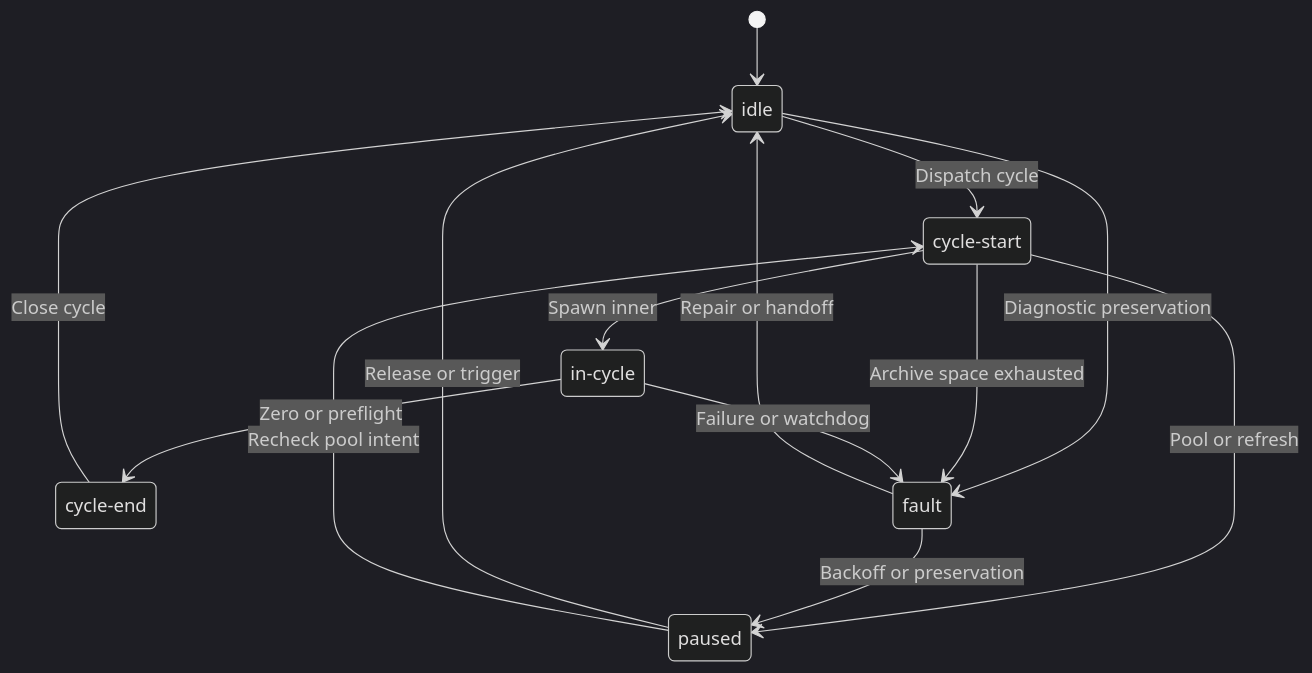
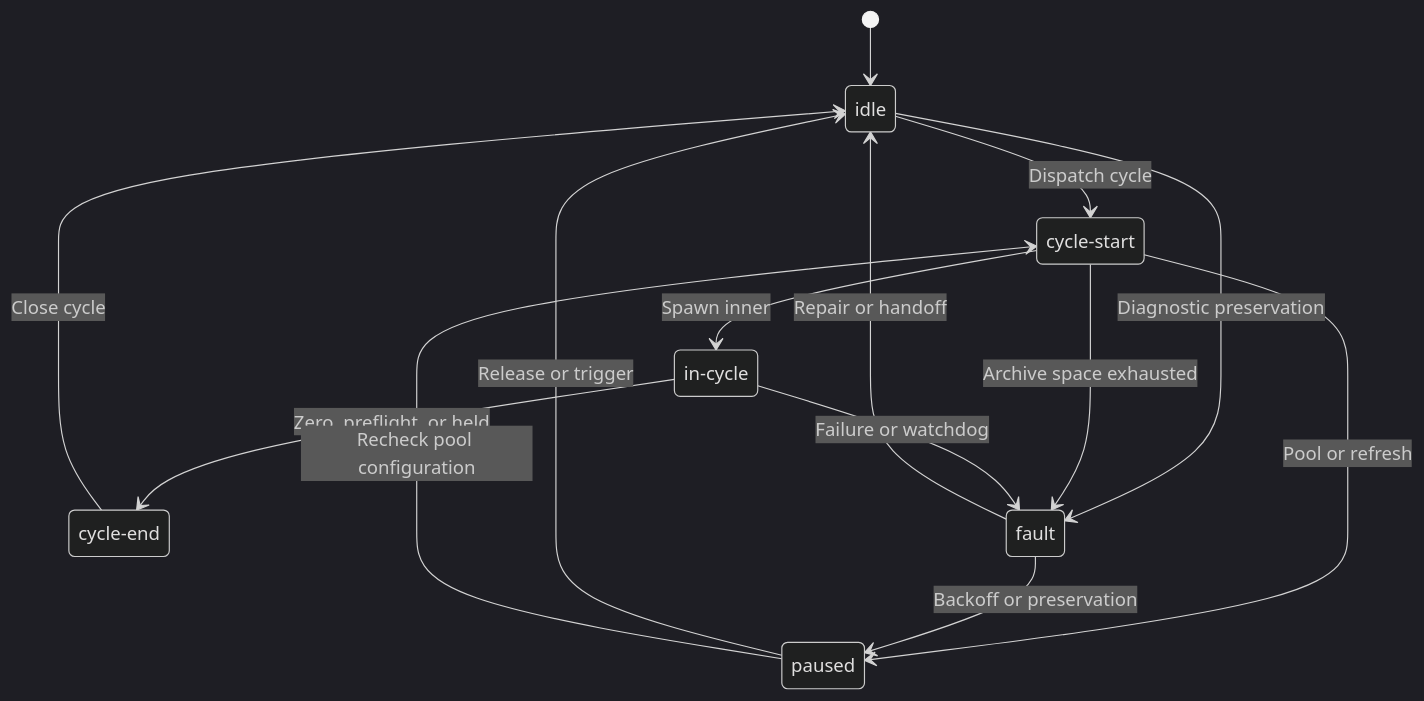
Before and after one commit to alissonsol/yuruna: the first of 7 diagrams in docs/design/04-lifecycle-state.md, drawn with Mermaid (dark theme). The commit also changed other lines of this file and 1409 other files, not shown here.

````diff
--- a/docs/design/04-lifecycle-state.md
+++ b/docs/design/04-lifecycle-state.md
@@ -11,22 +11,22 @@
 ```mermaid
 stateDiagram-v2
     state "idle" as idle
     state "cycle-start" as cycle_start
     state "in-cycle" as in_cycle
     state "cycle-end" as cycle_end
     state "fault" as fault
     state "paused" as paused
     [*] --> idle
     idle --> cycle_start: Dispatch cycle
     idle --> fault: Diagnostic preservation
     cycle_start --> in_cycle: Spawn inner
     cycle_start --> fault: Archive space exhausted
     cycle_start --> paused: Pool or refresh
-    in_cycle --> cycle_end: Zero or preflight
+    in_cycle --> cycle_end: Zero, preflight, or held
     in_cycle --> fault: Failure or watchdog
     cycle_end --> idle: Close cycle
     fault --> paused: Backoff or preservation
     fault --> idle: Repair or handoff
     paused --> idle: Release or trigger
-    paused --> cycle_start: Recheck pool intent
+    paused --> cycle_start: Recheck pool configuration
 ```
````
